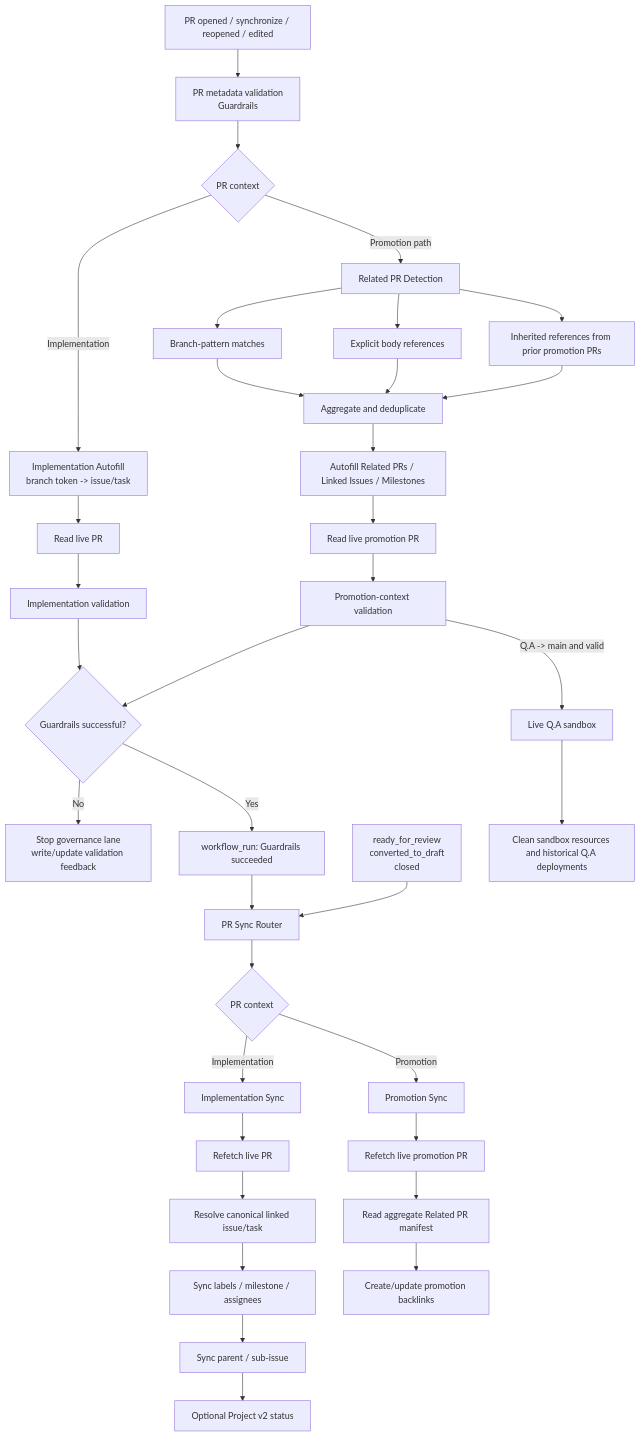
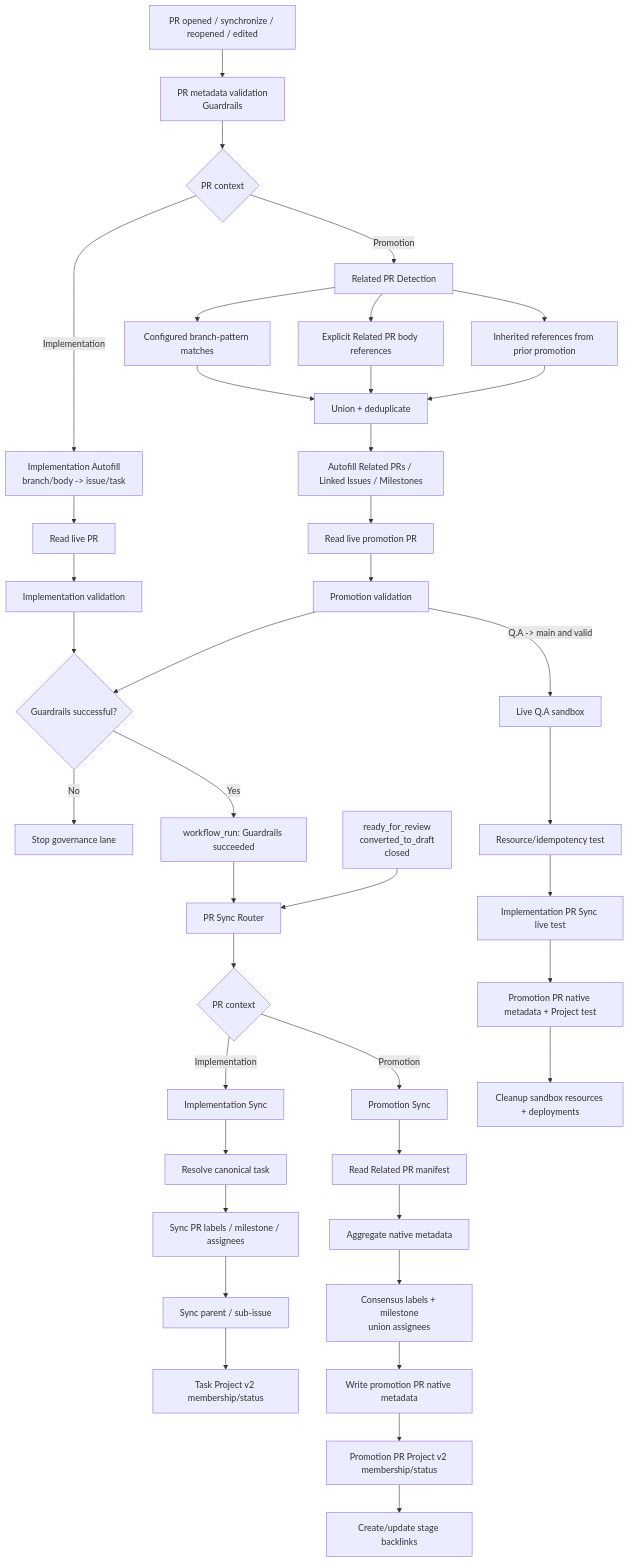
Before and after one commit to v-Kaefer/Github-Project-Automation: the diagram in docs/repo/pr-governance-architecture.md, drawn with Mermaid. The commit also changed other lines of this file, not shown here.

Commit message:
docs: expand promotion sync architecture

````diff
--- a/docs/repo/pr-governance-architecture.md
+++ b/docs/repo/pr-governance-architecture.md
@@ -20,46 +20,49 @@
 ```mermaid
 flowchart TD
     A[PR opened / synchronize / reopened / edited] --> G[PR metadata validation<br/>Guardrails]
-
     G --> R{PR context}
 
-    R -->|Implementation| IAF[Implementation Autofill<br/>branch token -> issue/task]
+    R -->|Implementation| IAF[Implementation Autofill<br/>branch/body -> issue/task]
     IAF --> ILIVE[Read live PR]
     ILIVE --> IV[Implementation validation]
 
-    R -->|Promotion path| PAF[Related PR Detection]
-    PAF --> PB[Branch-pattern matches]
-    PAF --> PE[Explicit body references]
-    PAF --> PI[Inherited references from prior promotion PRs]
-    PB --> PM[Aggregate and deduplicate]
+    R -->|Promotion| PAF[Related PR Detection]
+    PAF --> PB[Configured branch-pattern matches]
+    PAF --> PE[Explicit Related PR body references]
+    PAF --> PI[Inherited references from prior promotion]
+    PB --> PM[Union + deduplicate]
     PE --> PM
     PI --> PM
     PM --> PWRITE[Autofill Related PRs / Linked Issues / Milestones]
     PWRITE --> PLIVE[Read live promotion PR]
-    PLIVE --> PV[Promotion-context validation]
+    PLIVE --> PV[Promotion validation]
 
     IV --> V{Guardrails successful?}
     PV --> V
-    V -- No --> STOP[Stop governance lane<br/>write/update validation feedback]
+    V -- No --> STOP[Stop governance lane]
     V -- Yes --> WR[workflow_run: Guardrails succeeded]
 
     WR --> S[PR Sync Router]
+    L[ready_for_review<br/>converted_to_draft<br/>closed] --> S
     S --> T{PR context}
 
     T -->|Implementation| IS[Implementation Sync]
-    IS --> ILIVE2[Refetch live PR]
-    ILIVE2 --> TASK[Resolve canonical linked issue/task]
-    TASK --> META[Sync labels / milestone / assignees]
-    META --> REL[Sync parent / sub-issue]
-    REL --> PROJ[Optional Project v2 status]
+    IS --> TASK[Resolve canonical task]
+    TASK --> IMETA[Sync PR labels / milestone / assignees]
+    IMETA --> REL[Sync parent / sub-issue]
+    REL --> IPROJ[Task Project v2 membership/status]
 
     T -->|Promotion| PS[Promotion Sync]
-    PS --> PLIVE2[Refetch live promotion PR]
-    PLIVE2 --> MANIFEST[Read aggregate Related PR manifest]
-    MANIFEST --> BACKLINK[Create/update promotion backlinks]
-
-    L[ready_for_review<br/>converted_to_draft<br/>closed] --> S
+    PS --> MANIFEST[Read Related PR manifest]
+    MANIFEST --> AGG[Aggregate native metadata]
+    AGG --> PCONS[Consensus labels + milestone<br/>union assignees]
+    PCONS --> PPR[Write promotion PR native metadata]
+    PPR --> PPROJ[Promotion PR Project v2 membership/status]
+    PPROJ --> BACKLINK[Create/update stage backlinks]
 
     PV -->|Q.A -> main and valid| QA[Live Q.A sandbox]
-    QA --> QAC[Clean sandbox resources and historical Q.A deployments]
+    QA --> QAR[Resource/idempotency test]
+    QAR --> QAI[Implementation PR Sync live test]
+    QAI --> QAP[Promotion PR native metadata + Project test]
+    QAP --> QAC[Cleanup sandbox resources + deployments]
 ```
````
